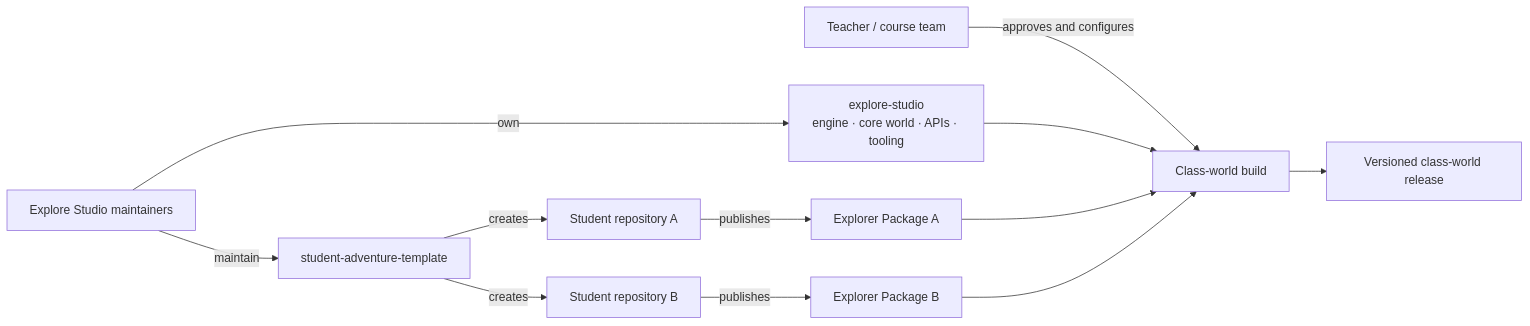
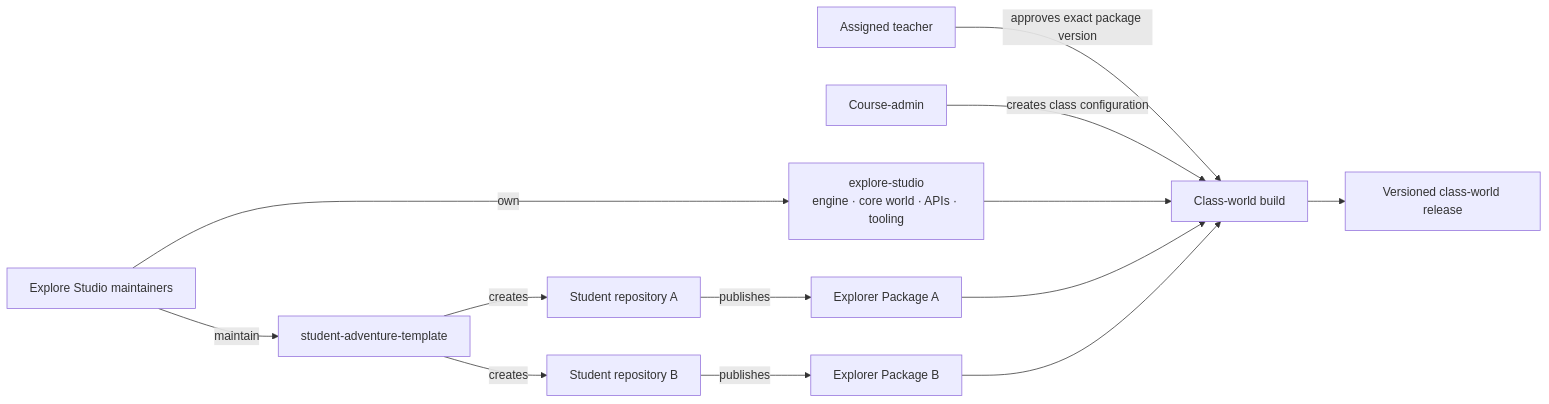
The first of 4 diagrams in docs/architecture/student-contribution-model.md (tonyluo2000/explore-studio), drawn with Mermaid before and after one commit. The commit also changed other lines of this file and 8 other files, not shown here.

````diff
--- a/docs/architecture/student-contribution-model.md
+++ b/docs/architecture/student-contribution-model.md
@@ -95,14 +95,15 @@
 ```mermaid
 flowchart LR
     M["Explore Studio maintainers"] -->|own| P["explore-studio<br/>engine · core world · APIs · tooling"]
     M -->|maintain| T["student-adventure-template"]
     T -->|creates| S1["Student repository A"]
     T -->|creates| S2["Student repository B"]
     S1 -->|publishes| X1["Explorer Package A"]
     S2 -->|publishes| X2["Explorer Package B"]
-    Q["Teacher / course team"] -->|approves and configures| B["Class-world build"]
+    Q["Assigned teacher"] -->|approves exact package version| B["Class-world build"]
+    A["Course-admin"] -->|creates class configuration| B
     P --> B
     X1 --> B
     X2 --> B
     B --> R["Versioned class-world release"]
 ```
````
